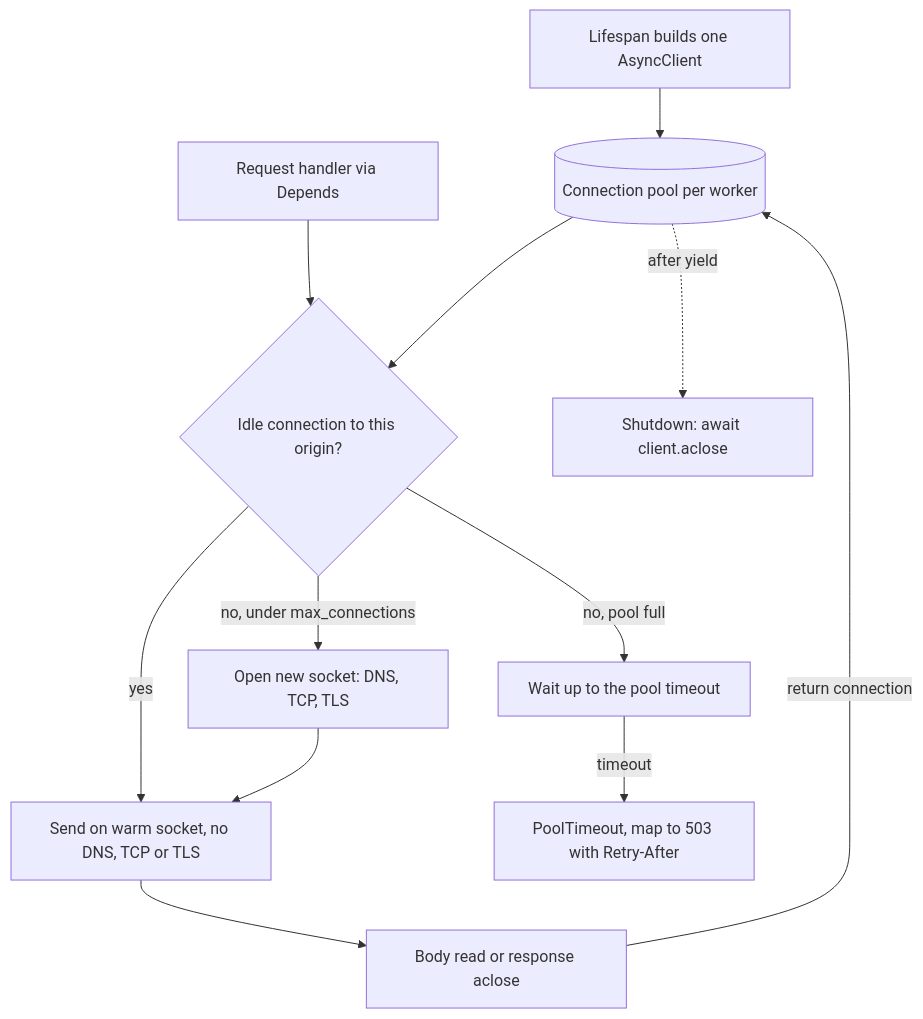
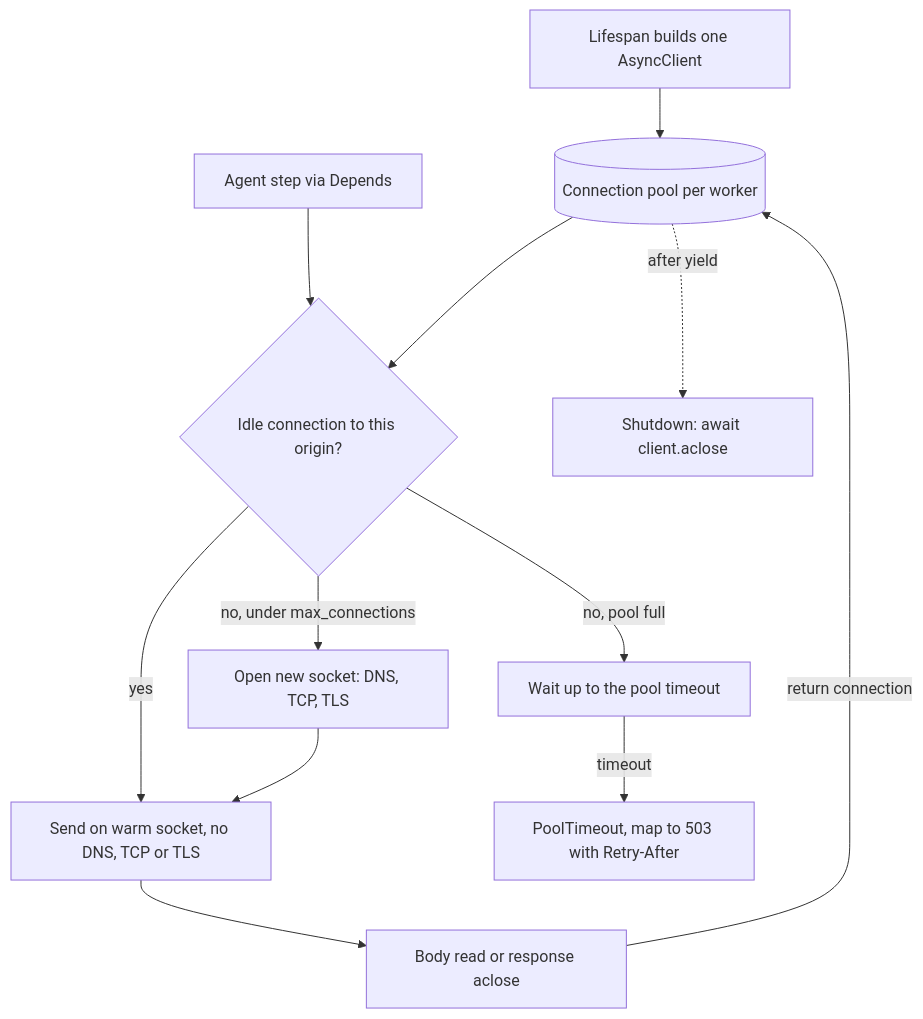
One commit to lovishmahajan97/agentic-learning changed the diagram in content/fastapi-for-ai/shared-httpx-asyncclient.md. Above: the diagram before and after it, drawn with Mermaid. The commit also changed other lines of this file and 266 other files, not shown here.

````diff
--- a/content/fastapi-for-ai/shared-httpx-asyncclient.md
+++ b/content/fastapi-for-ai/shared-httpx-asyncclient.md
@@ -115,14 +130,14 @@
 ```mermaid
 flowchart TD
     LS["Lifespan builds one AsyncClient"] --> P[("Connection pool per worker")]
-    RQ["Request handler via Depends"] --> Q{"Idle connection to this origin?"}
+    RQ["Agent step via Depends"] --> Q{"Idle connection to this origin?"}
     P --> Q
     Q -->|"yes"| SEND["Send on warm socket, no DNS, TCP or TLS"]
     Q -->|"no, under max_connections"| NEW["Open new socket: DNS, TCP, TLS"]
     Q -->|"no, pool full"| WAIT["Wait up to the pool timeout"]
     WAIT -->|"timeout"| E["PoolTimeout, map to 503 with Retry-After"]
     NEW --> SEND
     SEND --> RD["Body read or response aclose"]
     RD -->|"return connection"| P
     P -.->|"after yield"| CL["Shutdown: await client.aclose"]
 ```
````
